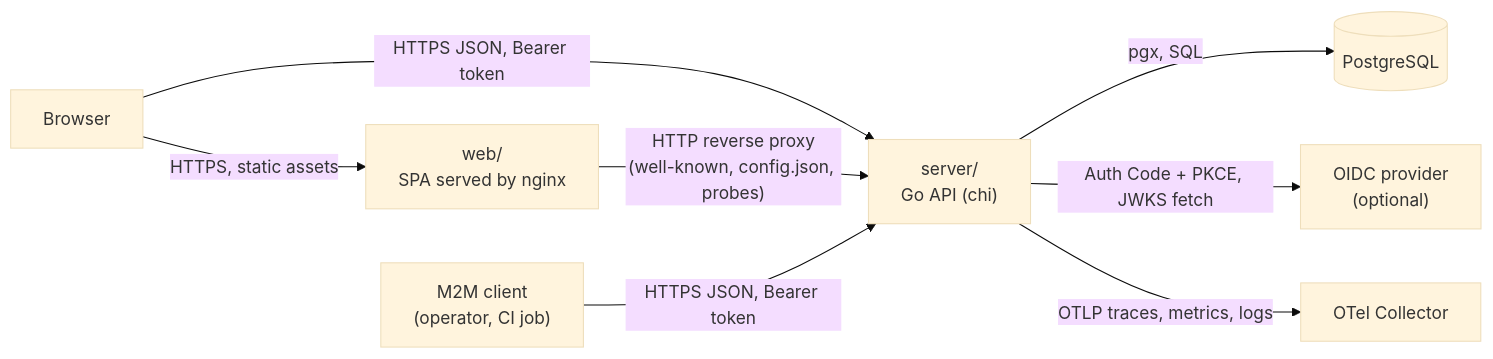
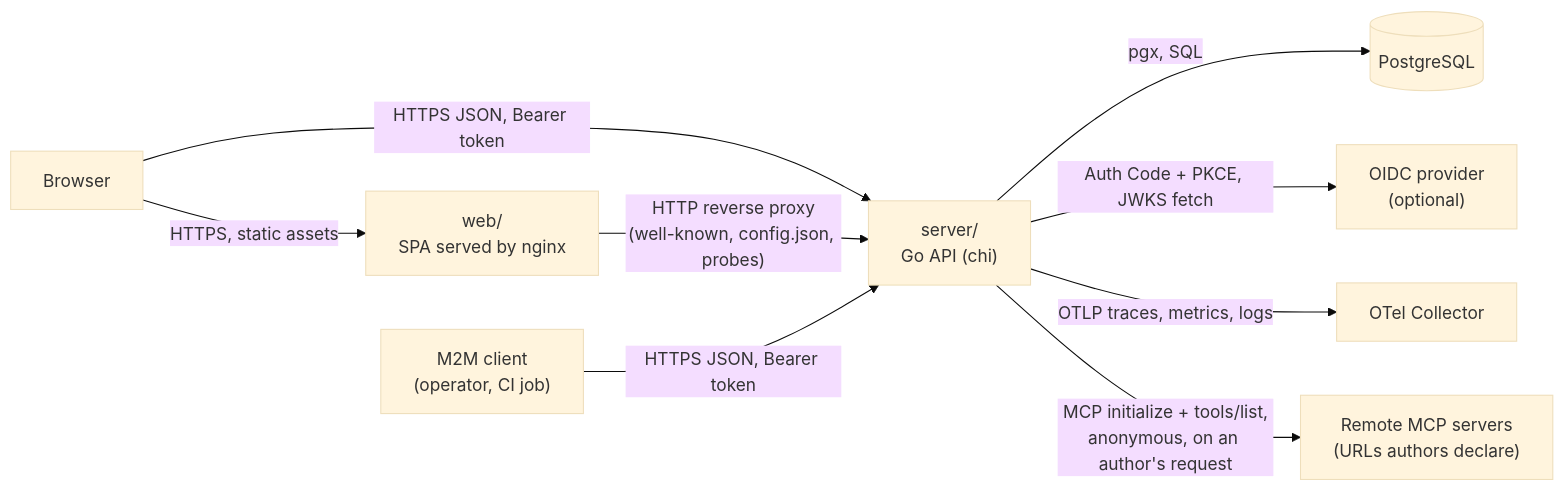
Before and after one commit to Haibread/ai-registry: the first of 5 diagrams in ARCHITECTURE.md, drawn with Mermaid (base theme). The commit also changed other lines of this file and 26 other files, not shown here.

Commit message:
feat(mcp): fill a version's tools from the server's tools/list (#259)

````diff
--- a/ARCHITECTURE.md
+++ b/ARCHITECTURE.md
@@ -16,18 +16,20 @@
 ```mermaid
 flowchart LR
     browser["Browser"]
     machine["M2M client<br/>(operator, CI job)"]
     web["web/<br/>SPA served by nginx"]
     server["server/<br/>Go API (chi)"]
     pg[("PostgreSQL")]
     idp["OIDC provider<br/>(optional)"]
     otel["OTel Collector"]
+    mcpremote["Remote MCP servers<br/>(URLs authors declare)"]
 
     browser -->|"HTTPS, static assets"| web
     browser -->|"HTTPS JSON, Bearer token"| server
     web -->|"HTTP reverse proxy<br/>(well-known, config.json, probes)"| server
     machine -->|"HTTPS JSON, Bearer token"| server
     server -->|"pgx, SQL"| pg
     server -->|"Auth Code + PKCE, JWKS fetch"| idp
     server -->|"OTLP traces, metrics, logs"| otel
+    server -->|"MCP initialize + tools/list,<br/>anonymous, on an author's request"| mcpremote
 ```
````
